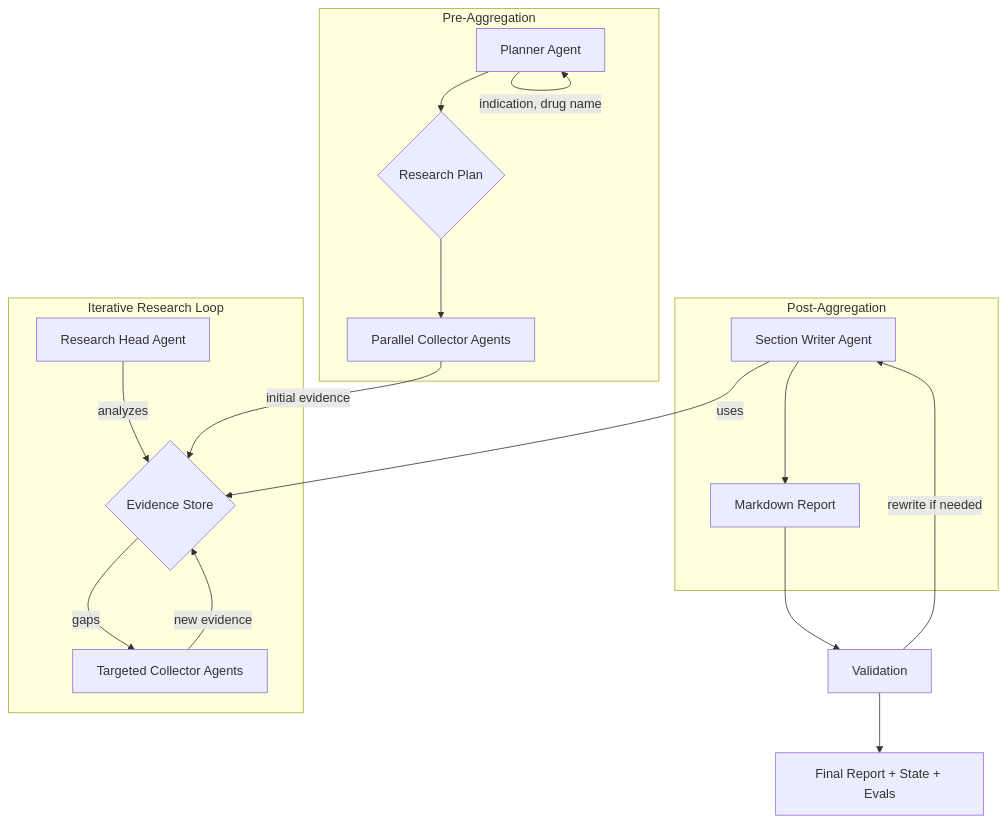
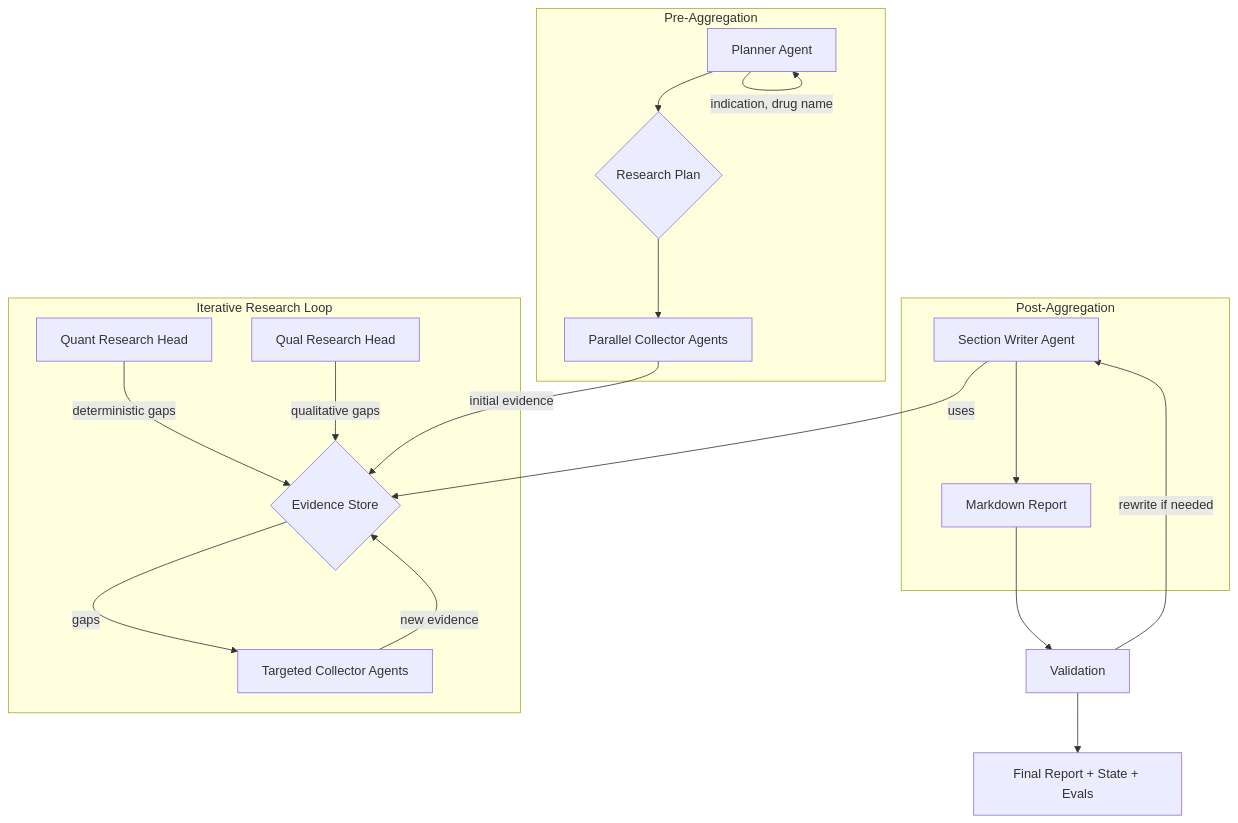
The diagram in docs/architecture.md (dodgituser/dod-deep-research), drawn with Mermaid before and after one commit. The commit also changed 4 other files, not shown here.

````diff
--- a/docs/architecture.md
+++ b/docs/architecture.md
@@ -1,24 +1,25 @@
 ```mermaid
 graph TD
     subgraph "Pre-Aggregation"
         A[Planner Agent] --> B{Research Plan};
         B --> C[Parallel Collector Agents];
     end
 
     subgraph "Iterative Research Loop"
-        D[Research Head Agent] -- analyzes --> E{Evidence Store};
+        D1[Quant Research Head] -- deterministic gaps --> E{Evidence Store};
+        D2[Qual Research Head] -- qualitative gaps --> E;
         E -- gaps --> F[Targeted Collector Agents];
         F -- new evidence --> E;
     end
 
     subgraph "Post-Aggregation"
         G[Section Writer Agent] -- uses --> E;
         G --> H[Markdown Report];
     end
 
     C -- initial evidence --> E;
     A -- indication, drug name --> A;
     H --> I[Validation];
     I -- rewrite if needed --> G;
     I --> J[Final Report + State + Evals];
 ```
````
